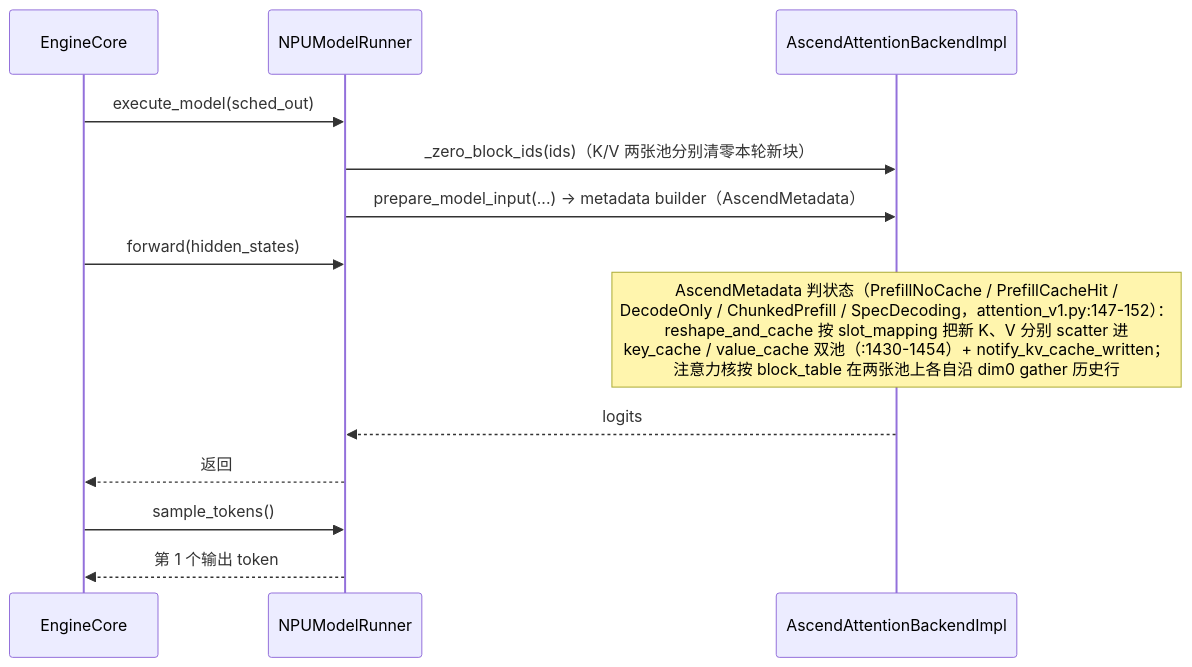
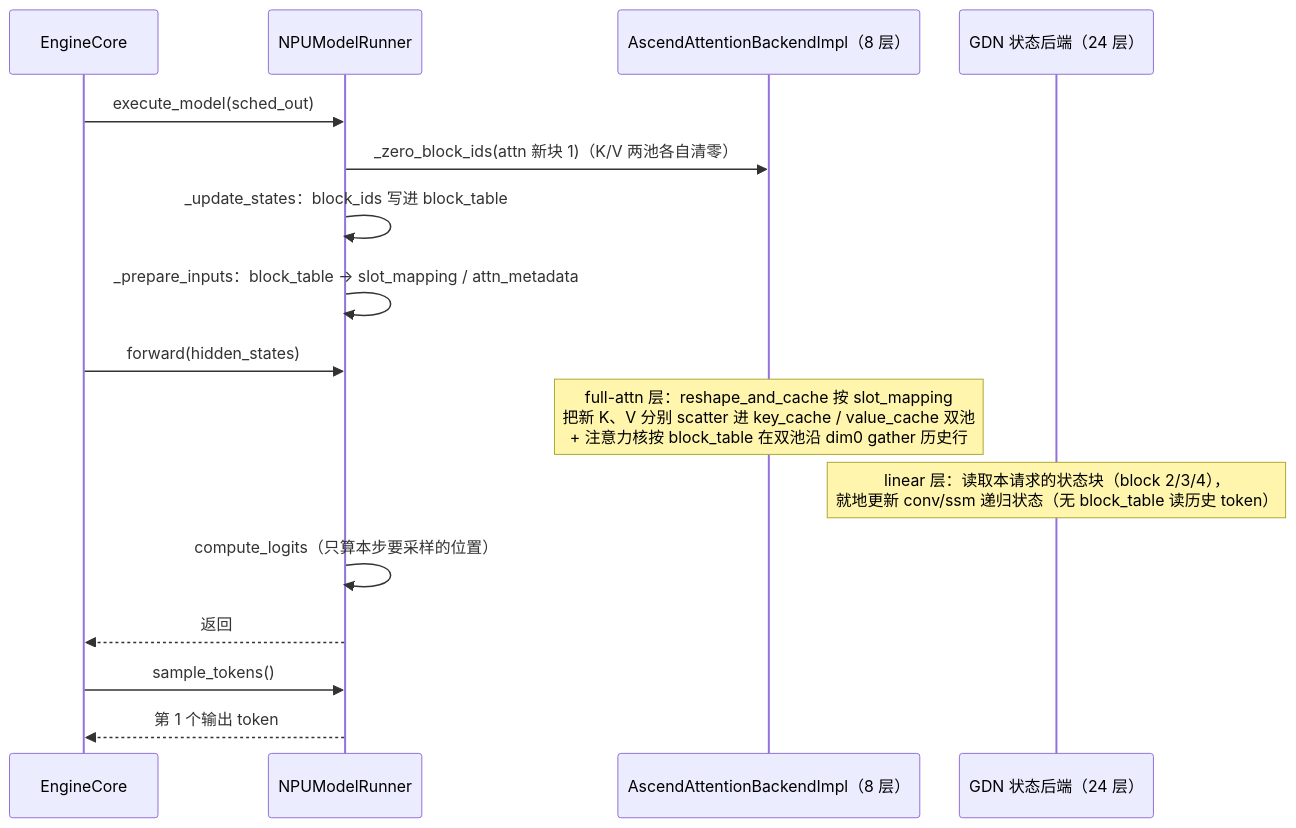
Before and after one commit to GoCHug/vllm: the fifth of 5 diagrams in vllm/v1/core/kvcache_study/kvcache_docs/npu_hybrid/2_runtime_sequence.md, drawn with Mermaid. The commit also changed other lines of this file and 3 other files, not shown here.

````diff
--- a/vllm/v1/core/kvcache_study/kvcache_docs/npu_hybrid/2_runtime_sequence.md
+++ b/vllm/v1/core/kvcache_study/kvcache_docs/npu_hybrid/2_runtime_sequence.md
@@ -316,16 +295,19 @@
 ```mermaid
 %%{init: {"themeVariables": {"actorFontSize": "11px", "messageFontSize": "11px", "noteFontSize": "11px"}, "sequence": {"actorMargin": 40, "messageMargin": 16, "noteMargin": 8, "boxMargin": 8, "mirrorActors": true}}}%%
 sequenceDiagram
     participant EngineCore
     participant NPUModelRunner
-    participant AscendAttentionBackendImpl
+    participant AttnBackend as AscendAttentionBackendImpl（8 层）
+    participant GDNBackend as GDN 状态后端（24 层）
     EngineCore->>NPUModelRunner: execute_model(sched_out)
-    NPUModelRunner->>AscendAttentionBackendImpl: _zero_block_ids(ids)（K/V 两张池分别清零本轮新块）
-    NPUModelRunner->>AscendAttentionBackendImpl: prepare_model_input(...) → metadata builder（AscendMetadata）
+    NPUModelRunner->>AttnBackend: _zero_block_ids(attn 新块 1)（K/V 两池各自清零）
+    NPUModelRunner->>NPUModelRunner: _update_states：block_ids 写进 block_table
+    NPUModelRunner->>NPUModelRunner: _prepare_inputs：block_table → slot_mapping / attn_metadata
     EngineCore->>NPUModelRunner: forward(hidden_states)
-    Note over AscendAttentionBackendImpl: AscendMetadata 判状态（PrefillNoCache / PrefillCacheHit /<br/>DecodeOnly / ChunkedPrefill / SpecDecoding，attention_v1.py:147-152）：<br/>reshape_and_cache 按 slot_mapping 把新 K、V 分别 scatter 进<br/>key_cache / value_cache 双池（:1430-1454）+ notify_kv_cache_written；<br/>注意力核按 block_table 在两张池上各自沿 dim0 gather 历史行
-    AscendAttentionBackendImpl-->>NPUModelRunner: logits
+    Note over AttnBackend: full-attn 层：reshape_and_cache 按 slot_mapping<br/>把新 K、V 分别 scatter 进 key_cache / value_cache 双池<br/>+ 注意力核按 block_table 在双池沿 dim0 gather 历史行
+    Note over GDNBackend: linear 层：读取本请求的状态块（block 2/3/4），<br/>就地更新 conv/ssm 递归状态（无 block_table 读历史 token）
+    NPUModelRunner->>NPUModelRunner: compute_logits（只算本步要采样的位置）
     NPUModelRunner-->>EngineCore: 返回
     EngineCore->>NPUModelRunner: sample_tokens()
     NPUModelRunner-->>EngineCore: 第 1 个输出 token
 ```
````
